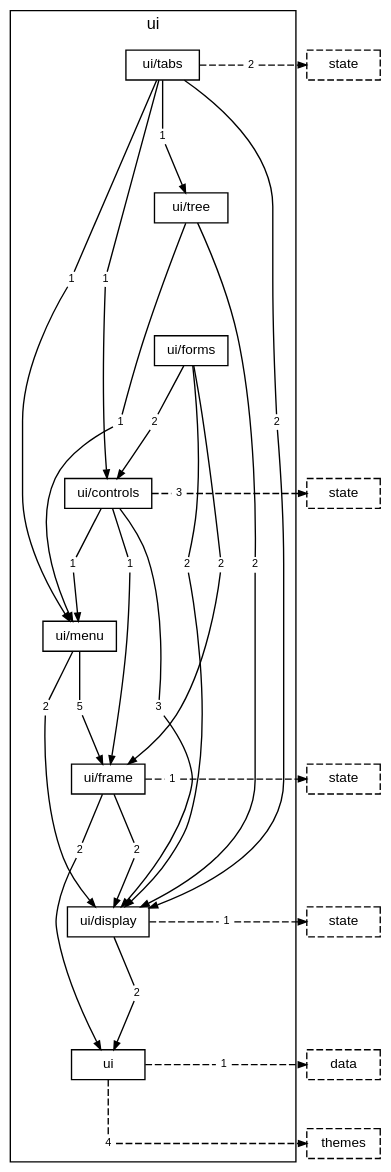
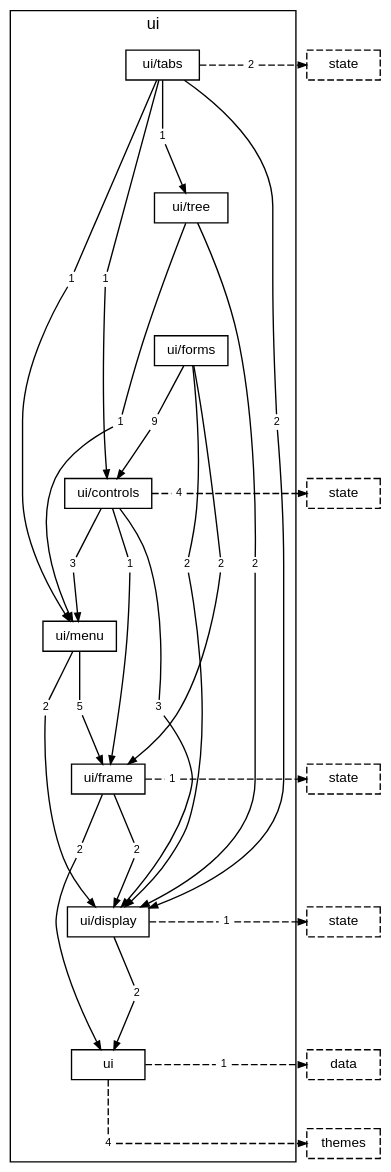
The diagram in docs/diagrams/layer-ui.dot (TheAxeC/oculus), drawn with Graphviz before and after one commit. The commit also changed 93 other files, not shown here.

```diff
--- a/docs/diagrams/layer-ui.dot
+++ b/docs/diagrams/layer-ui.dot
@@ -1,104 +1,104 @@
 digraph layer_ui {
     graph [bgcolor="transparent", rankdir=TB, newrank=true, fontname="Helvetica,Arial,sans-serif", fontsize=12, nodesep=0.2, ranksep=0.5];
     node [shape=box, color="black", fontcolor="black", fontname="Helvetica,Arial,sans-serif", fontsize=10, height=0.3, margin="0.12,0.04"];
     edge [color="black", fontcolor="black", fontname="Helvetica,Arial,sans-serif", fontsize=8, arrowsize=0.6];
     subgraph "cluster_ui" {
         label="ui"; style=solid;
         "folder ui/tabs" [label="ui/tabs"];
         "folder ui/tree" [label="ui/tree"];
         "folder ui/forms" [label="ui/forms"];
         "folder ui/controls" [label="ui/controls"];
         "folder ui/menu" [label="ui/menu"];
         "folder ui/frame" [label="ui/frame"];
         "folder ui/display" [label="ui/display"];
         "folder ui" [label="ui"];
         "folder ui/tabs to folder ui/controls" [label="1", shape=box, color="transparent", fontsize=8, width=0, height=0, margin="0.04,0.02"];
         "folder ui/tabs to folder ui/display" [label="2", shape=box, color="transparent", fontsize=8, width=0, height=0, margin="0.04,0.02"];
         "folder ui/tabs to folder ui/menu" [label="1", shape=box, color="transparent", fontsize=8, width=0, height=0, margin="0.04,0.02"];
         "folder ui/tabs to folder ui/tree" [label="1", shape=box, color="transparent", fontsize=8, width=0, height=0, margin="0.04,0.02"];
         "folder ui/tabs to layer state" [label="2", shape=box, color="transparent", fontsize=8, width=0, height=0, margin="0.04,0.02"];
         "folder ui/tree to folder ui/display" [label="2", shape=box, color="transparent", fontsize=8, width=0, height=0, margin="0.04,0.02"];
         "folder ui/tree to folder ui/menu" [label="1", shape=box, color="transparent", fontsize=8, width=0, height=0, margin="0.04,0.02"];
-        "folder ui/forms to folder ui/controls" [label="2", shape=box, color="transparent", fontsize=8, width=0, height=0, margin="0.04,0.02"];
+        "folder ui/forms to folder ui/controls" [label="9", shape=box, color="transparent", fontsize=8, width=0, height=0, margin="0.04,0.02"];
         "folder ui/forms to folder ui/display" [label="2", shape=box, color="transparent", fontsize=8, width=0, height=0, margin="0.04,0.02"];
         "folder ui/forms to folder ui/frame" [label="2", shape=box, color="transparent", fontsize=8, width=0, height=0, margin="0.04,0.02"];
         "folder ui/controls to folder ui/display" [label="3", shape=box, color="transparent", fontsize=8, width=0, height=0, margin="0.04,0.02"];
         "folder ui/controls to folder ui/frame" [label="1", shape=box, color="transparent", fontsize=8, width=0, height=0, margin="0.04,0.02"];
-        "folder ui/controls to folder ui/menu" [label="1", shape=box, color="transparent", fontsize=8, width=0, height=0, margin="0.04,0.02"];
-        "folder ui/controls to layer state" [label="3", shape=box, color="transparent", fontsize=8, width=0, height=0, margin="0.04,0.02"];
+        "folder ui/controls to folder ui/menu" [label="3", shape=box, color="transparent", fontsize=8, width=0, height=0, margin="0.04,0.02"];
+        "folder ui/controls to layer state" [label="4", shape=box, color="transparent", fontsize=8, width=0, height=0, margin="0.04,0.02"];
         "folder ui/menu to folder ui/display" [label="2", shape=box, color="transparent", fontsize=8, width=0, height=0, margin="0.04,0.02"];
         "folder ui/menu to folder ui/frame" [label="5", shape=box, color="transparent", fontsize=8, width=0, height=0, margin="0.04,0.02"];
         "folder ui/frame to folder ui" [label="2", shape=box, color="transparent", fontsize=8, width=0, height=0, margin="0.04,0.02"];
         "folder ui/frame to folder ui/display" [label="2", shape=box, color="transparent", fontsize=8, width=0, height=0, margin="0.04,0.02"];
         "folder ui/frame to layer state" [label="1", shape=box, color="transparent", fontsize=8, width=0, height=0, margin="0.04,0.02"];
         "folder ui/display to folder ui" [label="2", shape=box, color="transparent", fontsize=8, width=0, height=0, margin="0.04,0.02"];
         "folder ui/display to layer state" [label="1", shape=box, color="transparent", fontsize=8, width=0, height=0, margin="0.04,0.02"];
         "folder ui to layer data" [label="1", shape=box, color="transparent", fontsize=8, width=0, height=0, margin="0.04,0.02"];
         "folder ui to layer themes" [label="4", shape=box, color="transparent", fontsize=8, width=0, height=0, margin="0.04,0.02"];
     }
     "layer state from folder ui/tabs" [label="state", style=dashed];
     "layer state from folder ui/controls" [label="state", style=dashed];
     "layer state from folder ui/frame" [label="state", style=dashed];
     "layer state from folder ui/display" [label="state", style=dashed];
     "layer data from folder ui" [label="data", style=dashed];
     "layer themes from folder ui" [label="themes", style=dashed];
     "folder ui/tabs" -> "folder ui/tree" [style=invis, weight=10, minlen=2];
     "folder ui/tree" -> "folder ui/forms" [style=invis, weight=10, minlen=2];
     "folder ui/forms" -> "folder ui/controls" [style=invis, weight=10, minlen=2];
     "folder ui/controls" -> "folder ui/menu" [style=invis, weight=10, minlen=2];
     "folder ui/menu" -> "folder ui/frame" [style=invis, weight=10, minlen=2];
     "folder ui/frame" -> "folder ui/display" [style=invis, weight=10, minlen=2];
     "folder ui/display" -> "folder ui" [style=invis, weight=10, minlen=2];
     "folder ui/tabs" -> "folder ui/tabs to folder ui/controls" [arrowhead=none, minlen=3, weight=10];
     "folder ui/tabs to folder ui/controls" -> "folder ui/controls" [];
     "folder ui/tabs" -> "folder ui/tabs to folder ui/display" [arrowhead=none, minlen=5, weight=10];
     "folder ui/tabs to folder ui/display" -> "folder ui/display" [];
     "folder ui/tabs" -> "folder ui/tabs to folder ui/menu" [arrowhead=none, minlen=3, weight=10];
     "folder ui/tabs to folder ui/menu" -> "folder ui/menu" [];
     "folder ui/tabs" -> "folder ui/tabs to folder ui/tree" [arrowhead=none, minlen=1, weight=10];
     "folder ui/tabs to folder ui/tree" -> "folder ui/tree" [];
     "folder ui/tabs" -> "folder ui/tabs to layer state" [arrowhead=none, style=dashed];
     "folder ui/tabs to layer state" -> "layer state from folder ui/tabs" [style=dashed];
     { rank=same; "folder ui/tabs"; "folder ui/tabs to layer state"; "layer state from folder ui/tabs"; }
     "folder ui/tree" -> "folder ui/tree to folder ui/display" [arrowhead=none, minlen=5, weight=10];
     "folder ui/tree to folder ui/display" -> "folder ui/display" [];
     "folder ui/tree" -> "folder ui/tree to folder ui/menu" [arrowhead=none, minlen=3, weight=10];
     "folder ui/tree to folder ui/menu" -> "folder ui/menu" [];
     "folder ui/forms" -> "folder ui/forms to folder ui/controls" [arrowhead=none, minlen=1, weight=10];
     "folder ui/forms to folder ui/controls" -> "folder ui/controls" [];
     "folder ui/forms" -> "folder ui/forms to folder ui/display" [arrowhead=none, minlen=3, weight=10];
     "folder ui/forms to folder ui/display" -> "folder ui/display" [];
     "folder ui/forms" -> "folder ui/forms to folder ui/frame" [arrowhead=none, minlen=3, weight=10];
     "folder ui/forms to folder ui/frame" -> "folder ui/frame" [];
     "folder ui/controls" -> "folder ui/controls to folder ui/display" [arrowhead=none, minlen=3, weight=10];
     "folder ui/controls to folder ui/display" -> "folder ui/display" [];
     "folder ui/controls" -> "folder ui/controls to folder ui/frame" [arrowhead=none, minlen=1, weight=10];
     "folder ui/controls to folder ui/frame" -> "folder ui/frame" [];
     "folder ui/controls" -> "folder ui/controls to folder ui/menu" [arrowhead=none, minlen=1, weight=10];
     "folder ui/controls to folder ui/menu" -> "folder ui/menu" [];
     "folder ui/controls" -> "folder ui/controls to layer state" [arrowhead=none, style=dashed];
     "folder ui/controls to layer state" -> "layer state from folder ui/controls" [style=dashed];
     { rank=same; "folder ui/controls"; "folder ui/controls to layer state"; "layer state from folder ui/controls"; }
     "folder ui/menu" -> "folder ui/menu to folder ui/display" [arrowhead=none, minlen=1, weight=10];
     "folder ui/menu to folder ui/display" -> "folder ui/display" [];
     "folder ui/menu" -> "folder ui/menu to folder ui/frame" [arrowhead=none, minlen=1, weight=10];
     "folder ui/menu to folder ui/frame" -> "folder ui/frame" [];
     "folder ui/frame" -> "folder ui/frame to folder ui" [arrowhead=none, minlen=1, weight=10];
     "folder ui/frame to folder ui" -> "folder ui" [];
     "folder ui/frame" -> "folder ui/frame to folder ui/display" [arrowhead=none, minlen=1, weight=10];
     "folder ui/frame to folder ui/display" -> "folder ui/display" [];
     "folder ui/frame" -> "folder ui/frame to layer state" [arrowhead=none, style=dashed];
     "folder ui/frame to layer state" -> "layer state from folder ui/frame" [style=dashed];
     { rank=same; "folder ui/frame"; "folder ui/frame to layer state"; "layer state from folder ui/frame"; }
     "folder ui/display" -> "folder ui/display to folder ui" [arrowhead=none, minlen=1, weight=10];
     "folder ui/display to folder ui" -> "folder ui" [];
     "folder ui/display" -> "folder ui/display to layer state" [arrowhead=none, style=dashed];
     "folder ui/display to layer state" -> "layer state from folder ui/display" [style=dashed];
     { rank=same; "folder ui/display"; "folder ui/display to layer state"; "layer state from folder ui/display"; }
     "folder ui" -> "folder ui to layer data" [arrowhead=none, style=dashed];
     "folder ui to layer data" -> "layer data from folder ui" [style=dashed];
     { rank=same; "folder ui"; "folder ui to layer data"; "layer data from folder ui"; }
     "folder ui" -> "folder ui to layer themes" [arrowhead=none, style=dashed, minlen=1, weight=10];
     "folder ui to layer themes" -> "layer themes from folder ui" [style=dashed];
     { rank=same; "folder ui to layer themes"; "layer themes from folder ui"; }
 }
```
